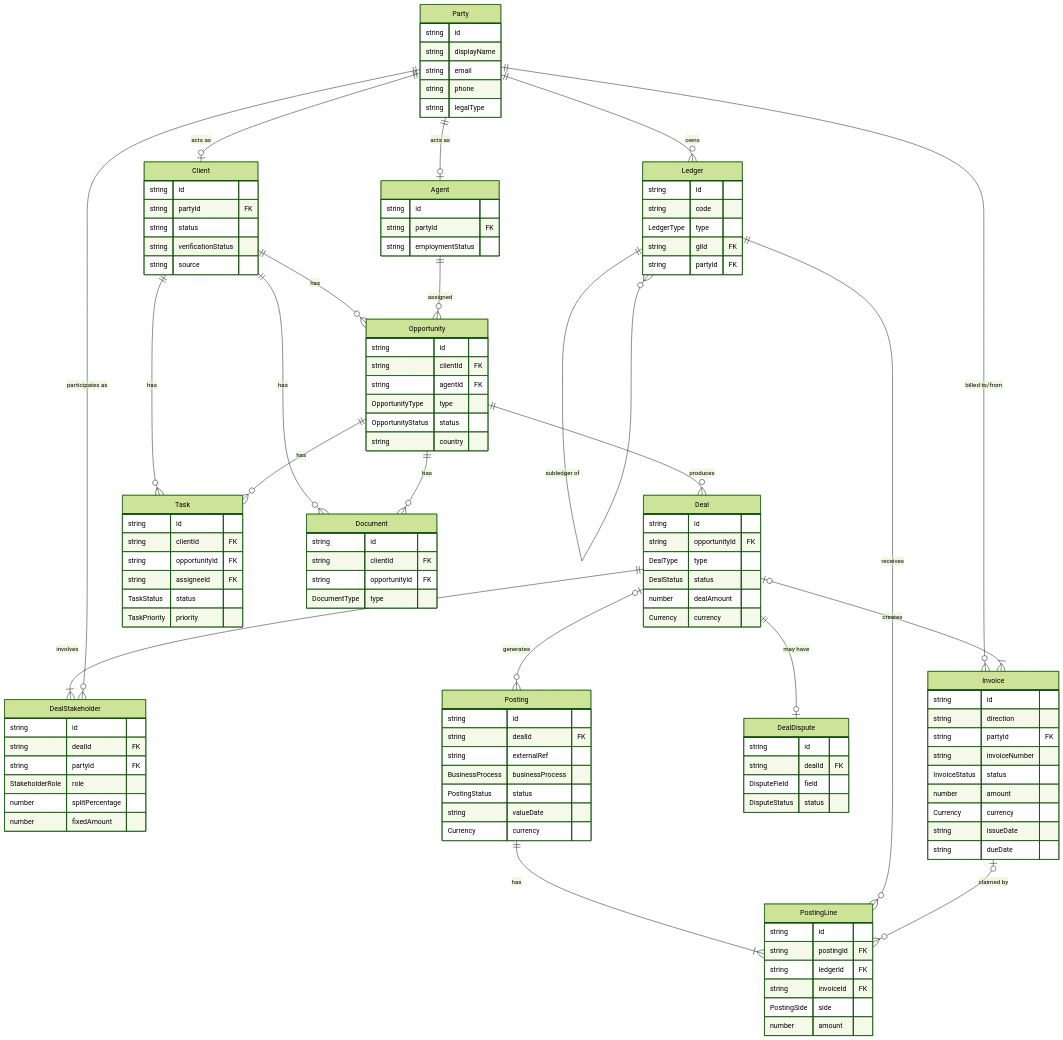
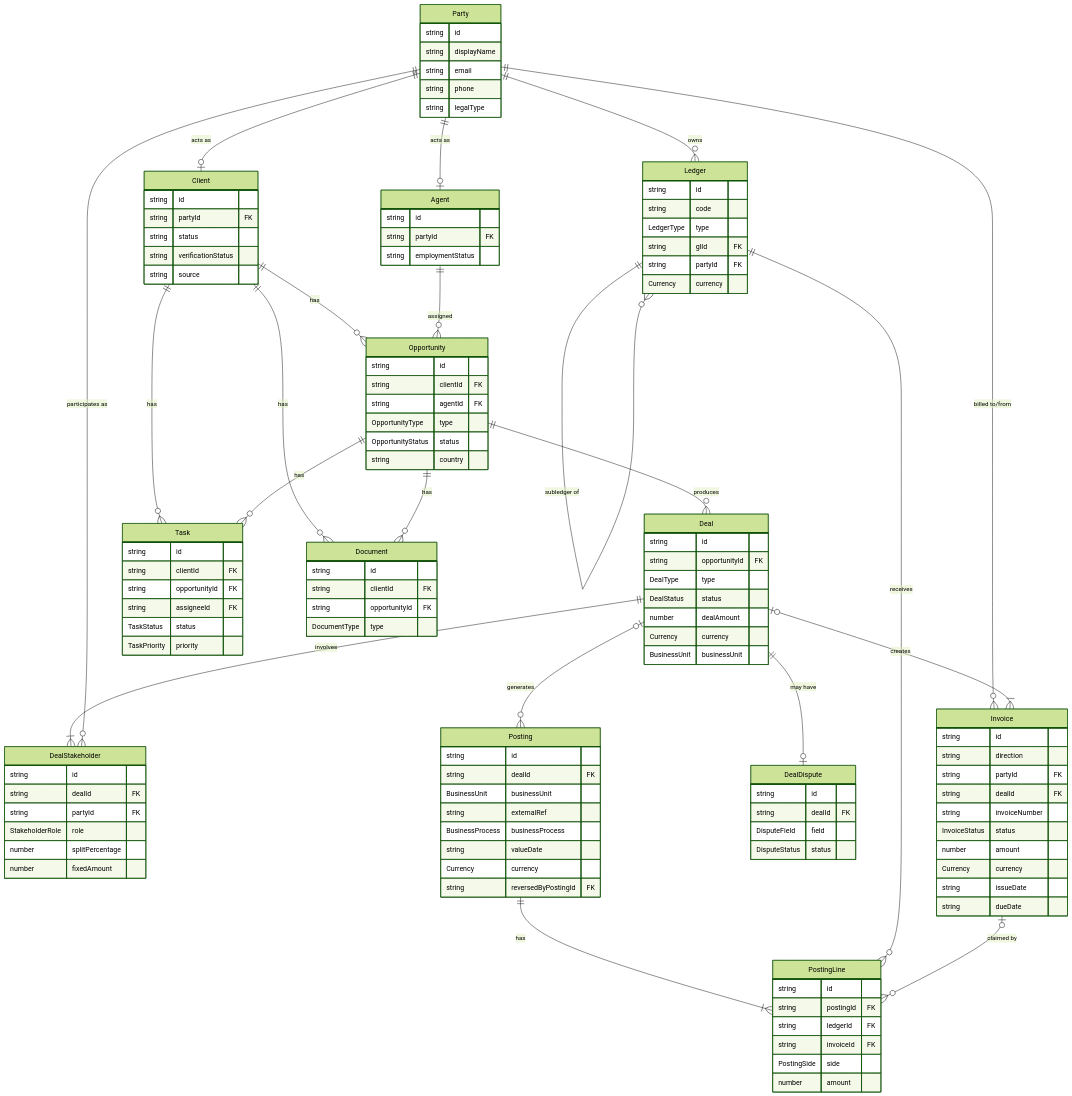
Before and after one commit to fulviogargiulo/deals-prototype: the diagram in packages/shared-domain/DOMAIN_MODEL.md, drawn with Mermaid (forest theme). The commit also changed other lines of this file and 18 other files, not shown here.

```diff
--- a/packages/shared-domain/DOMAIN_MODEL.md
+++ b/packages/shared-domain/DOMAIN_MODEL.md
@@ -40,6 +40,7 @@
         DealStatus status
         number dealAmount
         Currency currency
+        BusinessUnit businessUnit
     }
     DealStakeholder {
         string id
@@ -53,6 +54,7 @@
         string id
         string direction
         string partyId FK
+        string dealId FK
         string invoiceNumber
         InvoiceStatus status
         number amount
@@ -86,15 +88,17 @@
         LedgerType type
         string glId FK
         string partyId FK
+        Currency currency
     }
     Posting {
         string id
         string dealId FK
+        BusinessUnit businessUnit
         string externalRef
         BusinessProcess businessProcess
-        PostingStatus status
         string valueDate
         Currency currency
+        string reversedByPostingId FK
     }
     PostingLine {
         string id
```
